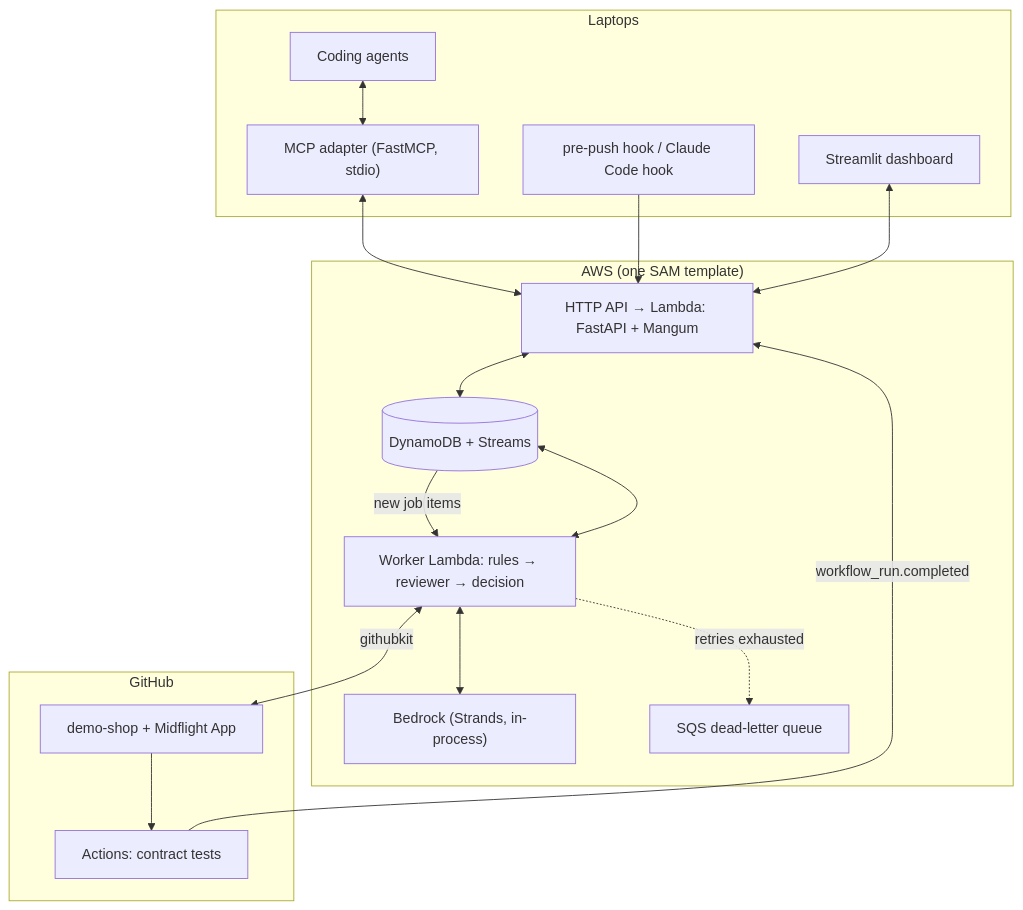
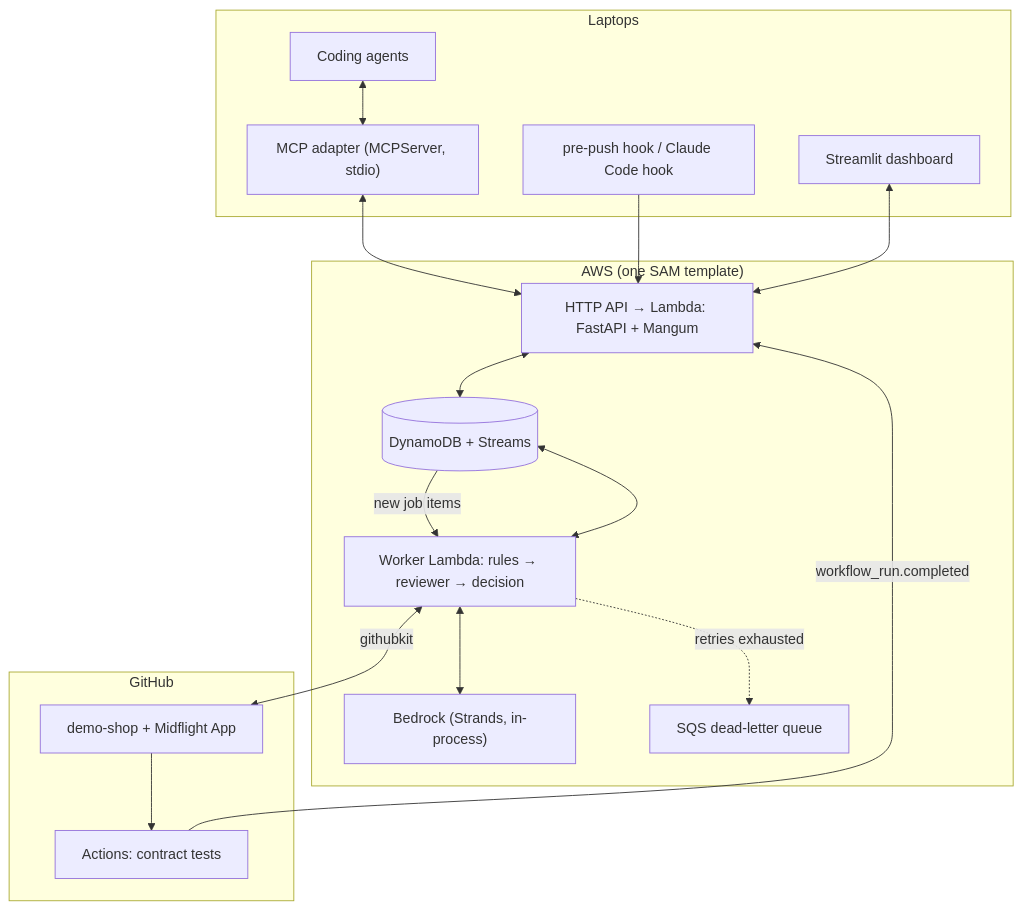
One commit to MidFlightt/MidFlight changed the first of 2 diagrams in docs/development-plan.md. Above: the diagram before and after it, drawn with Mermaid. The commit also changed other lines of this file and 13 other files, not shown here.

First line of the commit message:
feat: MCP adapter with submit_claim, check_in, and acknowledge_directive

````diff
--- a/docs/development-plan.md
+++ b/docs/development-plan.md
@@ -57,28 +57,28 @@
 ```mermaid
 flowchart TB
     subgraph LOCAL["Laptops"]
-        Agent["Coding agents"] <--> MCP["MCP adapter (FastMCP, stdio)"]
+        Agent["Coding agents"] <--> MCP["MCP adapter (MCPServer, stdio)"]
         Hooks["pre-push hook / Claude Code hook"]
         Dash["Streamlit dashboard"]
     end
     subgraph AWS["AWS (one SAM template)"]
         API["HTTP API → Lambda: FastAPI + Mangum"]
         DB[("DynamoDB + Streams")]
         Worker["Worker Lambda: rules → reviewer → decision"]
         Model["Bedrock (Strands, in-process)"]
         DLQ["SQS dead-letter queue"]
         API <--> DB
         DB -- "new job items" --> Worker
         Worker <--> DB
         Worker <--> Model
         Worker -. "retries exhausted" .-> DLQ
     end
     subgraph GH["GitHub"]
         Repo["demo-shop + Midflight App"] --> CI["Actions: contract tests"]
     end
     MCP <--> API
     Hooks --> API
     Dash <--> API
     CI -- "workflow_run.completed" --> API
     Worker <-- "githubkit" --> Repo
 ```
````
